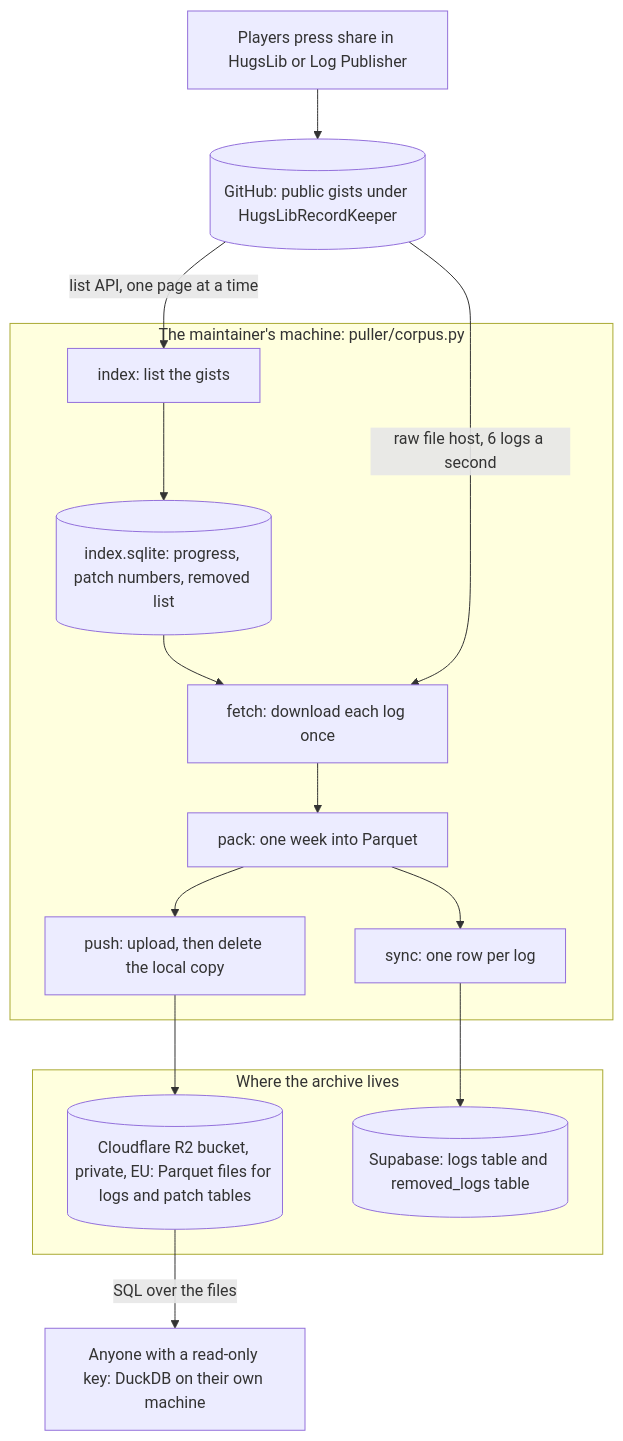
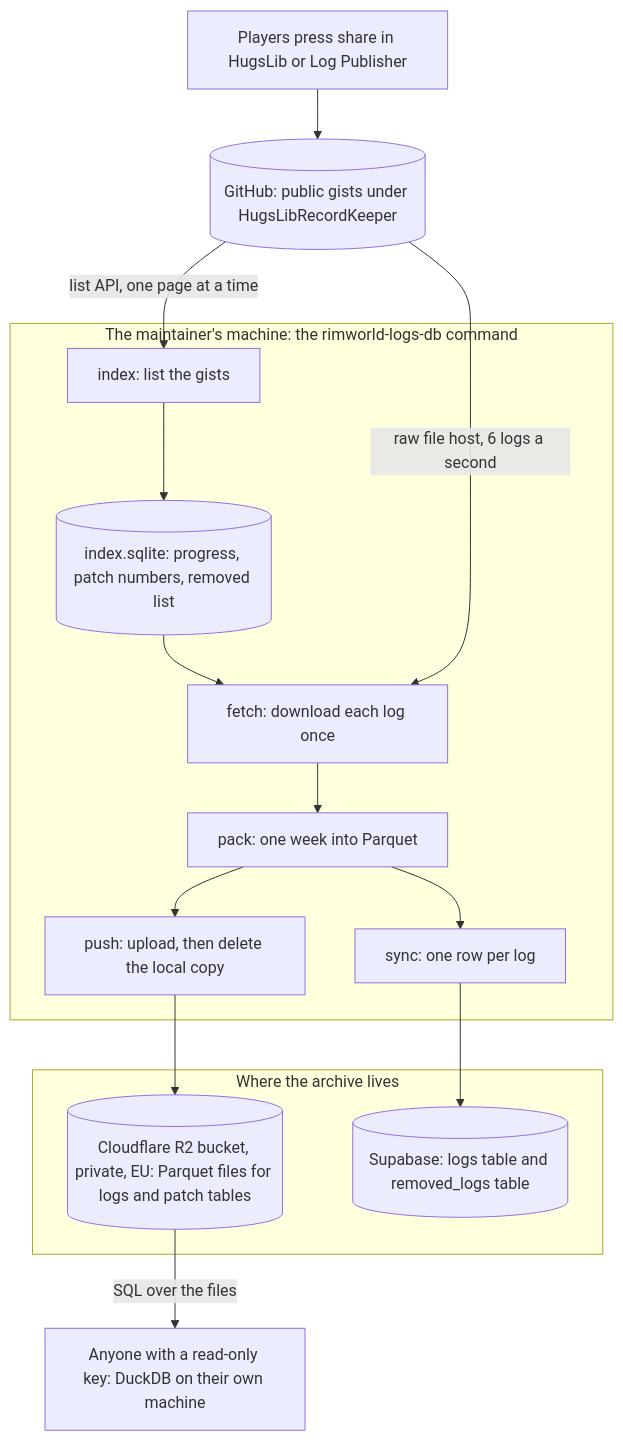
One commit to beverage/rimworld-logs-db changed the first of 2 diagrams in docs/architecture.md. Above: the diagram before and after it, drawn with Mermaid. The commit also changed other lines of this file and 42 other files, not shown here.

Commit message:
🔧 Set up as a Python project: a src layout with pyproject.toml and a lock file, the rimworld-logs-db command, the tests ported to pytest, and the bucket checks under scripts/

````diff
--- a/docs/architecture.md
+++ b/docs/architecture.md
@@ -5,33 +5,33 @@
 ```mermaid
 flowchart TB
     players["Players press share in HugsLib or Log Publisher"]
     gists[("GitHub: public gists under HugsLibRecordKeeper")]
 
-    subgraph puller["The maintainer's machine: puller/corpus.py"]
+    subgraph puller["The maintainer's machine: the rimworld-logs-db command"]
         index["index: list the gists"]
         state[("index.sqlite: progress, patch numbers, removed list")]
         fetch["fetch: download each log once"]
         pack["pack: one week into Parquet"]
         push["push: upload, then delete the local copy"]
         sync["sync: one row per log"]
     end
 
     subgraph stores["Where the archive lives"]
         r2[("Cloudflare R2 bucket, private, EU: Parquet files for logs and patch tables")]
         supabase[("Supabase: logs table and removed_logs table")]
     end
 
     reader["Anyone with a read-only key: DuckDB on their own machine"]
 
     players --> gists
     gists -- "list API, one page at a time" --> index
     index --> state
     state --> fetch
     gists -- "raw file host, 6 logs a second" --> fetch
     fetch --> pack
     pack --> push
     pack --> sync
     push --> r2
     sync --> supabase
     r2 -- "SQL over the files" --> reader
 ```
````
